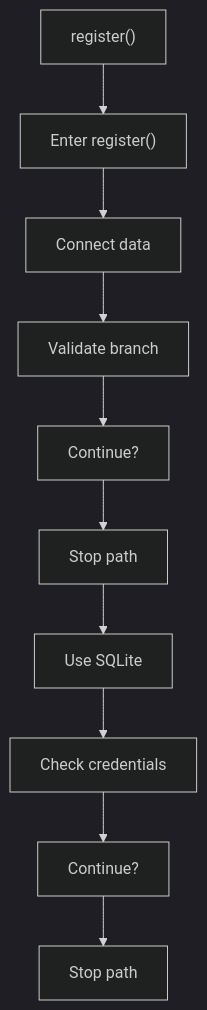
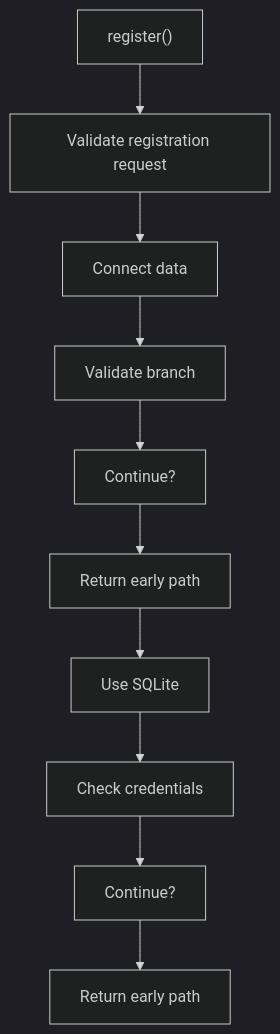
The fourth of 7 diagrams in docs/Codebase/Backend/src/controllers/authController.js.md (JohnAndrewBalbarosa/NeoTerritory), drawn with Mermaid (dark theme) before and after one commit. The commit also changed other lines of this file and 915 other files, not shown here.

````diff
--- a/docs/Codebase/Backend/src/controllers/authController.js.md
+++ b/docs/Codebase/Backend/src/controllers/authController.js.md
@@ -131,22 +130,22 @@
 ```mermaid
 flowchart TD
     N0["register()"]
-    N1["Enter register()"]
+    N1["Validate registration request"]
     N2["Connect data"]
     N3["Validate branch"]
     N4["Continue?"]
-    N5["Stop path"]
+    N5["Return early path"]
     N6["Use SQLite"]
     N7["Check credentials"]
     N8["Continue?"]
-    N9["Stop path"]
+    N9["Return early path"]
     N0 --> N1
     N1 --> N2
     N2 --> N3
     N3 --> N4
     N4 --> N5
     N5 --> N6
     N6 --> N7
     N7 --> N8
     N8 --> N9
 ```
````
